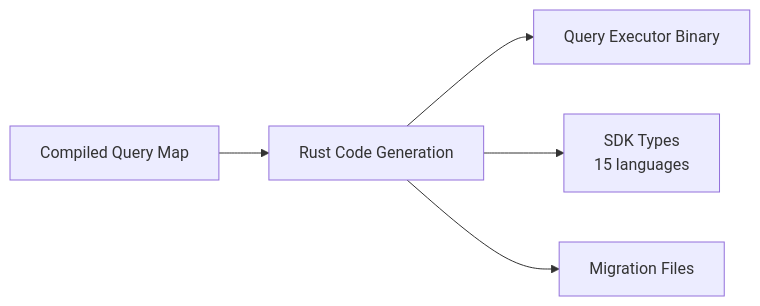
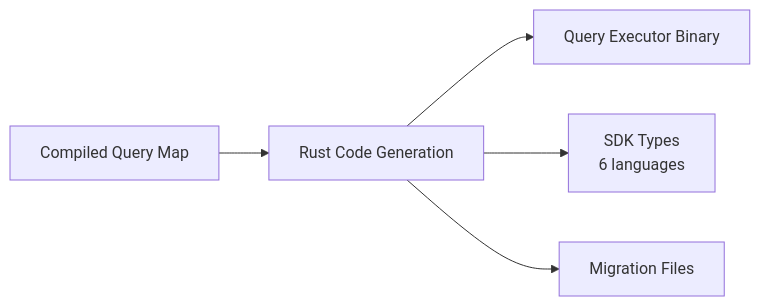
Before and after one commit to fraiseql/fraiseql-docs: the fourth of 4 diagrams in src/content/docs/concepts/how-it-works.mdx, drawn with Mermaid. The commit also changed other lines of this file and 137 other files, not shown here.

````diff
--- a/src/content/docs/concepts/how-it-works.mdx
+++ b/src/content/docs/concepts/how-it-works.mdx
@@ -327,7 +346,7 @@
 ```mermaid
 graph LR
     A[Compiled Query Map] --> B[Rust Code Generation]
     B --> C[Query Executor Binary]
-    B --> D[SDK Types<br/>15 languages]
+    B --> D[SDK Types<br/>6 languages]
     B --> E[Migration Files]
 ```
````
